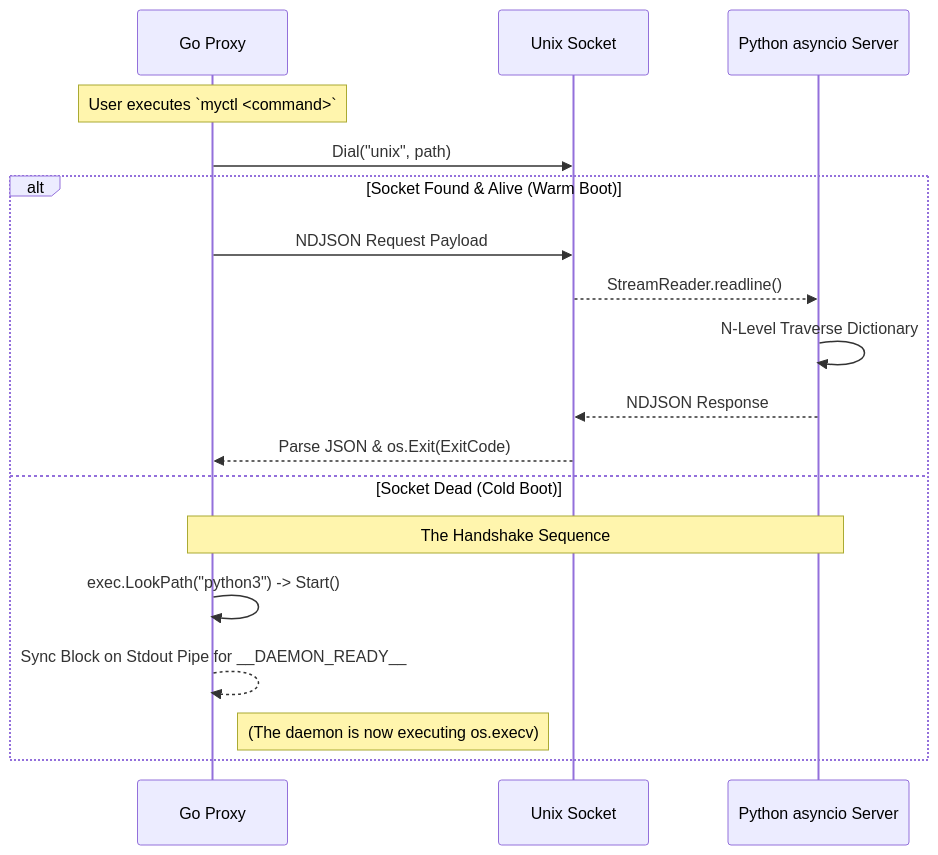
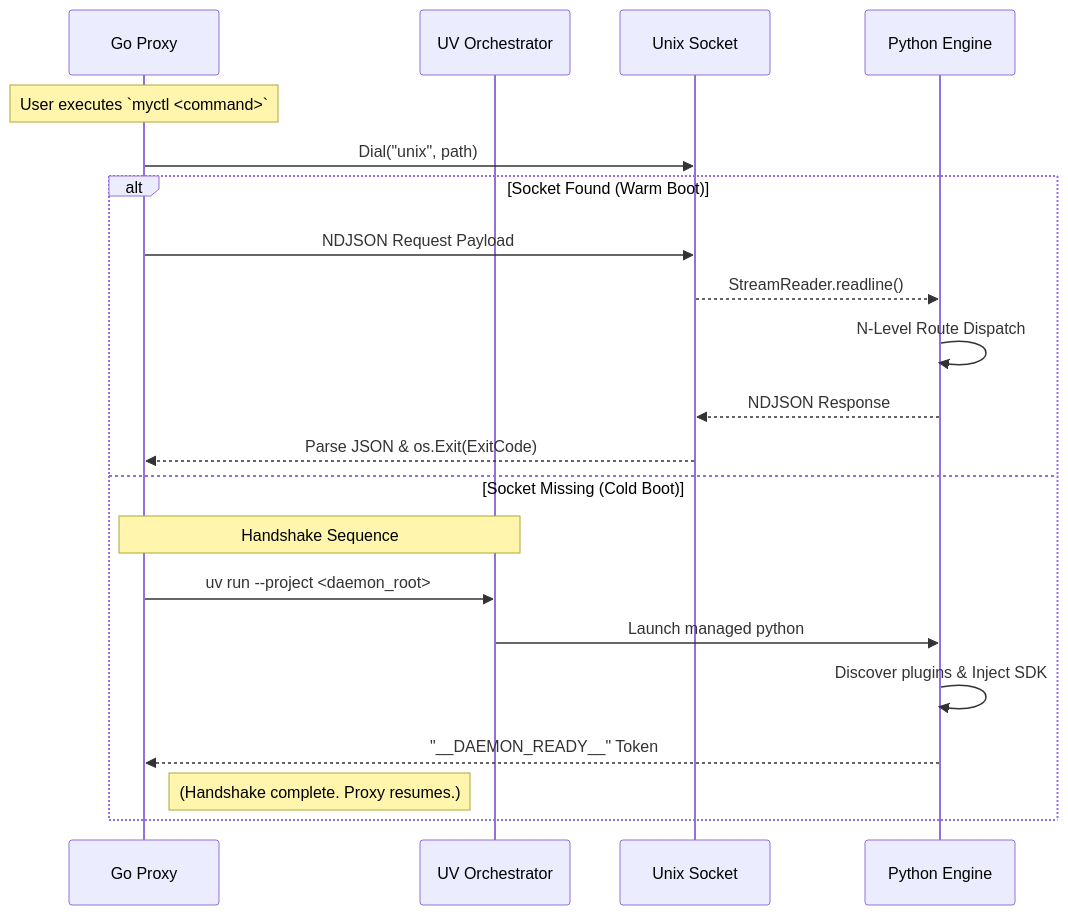
One commit to mydehq/MyCTL-Next changed the diagram in docs/md/technical/architecture.md. Above: the diagram before and after it, drawn with Mermaid. The commit also changed other lines of this file and 50 other files, not shown here.

````diff
--- a/docs/md/technical/architecture.md
+++ b/docs/md/technical/architecture.md
@@ -78,22 +73,25 @@
 ```mermaid
 sequenceDiagram
     participant CLI as Go Proxy
+    participant UV as UV Orchestrator
     participant Socket as Unix Socket
-    participant AsyncLoop as Python asyncio Server
+    participant Engine as Python Engine
 
     Note over CLI: User executes `myctl <command>`
 
     CLI->>Socket: Dial("unix", path)
-    alt Socket Found & Alive (Warm Boot)
+    alt Socket Found (Warm Boot)
         CLI->>Socket: NDJSON Request Payload
-        Socket-->>AsyncLoop: StreamReader.readline()
-        AsyncLoop->>AsyncLoop: N-Level Traverse Dictionary
-        AsyncLoop-->>Socket: NDJSON Response
+        Socket-->>Engine: StreamReader.readline()
+        Engine->>Engine: N-Level Route Dispatch
+        Engine-->>Socket: NDJSON Response
         Socket-->>CLI: Parse JSON & os.Exit(ExitCode)
-    else Socket Dead (Cold Boot)
-        Note over CLI, AsyncLoop: The Handshake Sequence
-        CLI->>CLI: exec.LookPath("python3") -> Start()
-        CLI-->>CLI: Sync Block on Stdout Pipe for __DAEMON_READY__
-        Note right of CLI: (The daemon is now executing os.execv)
+    else Socket Missing (Cold Boot)
+        Note over CLI, UV: Handshake Sequence
+        CLI->>UV: uv run --project <daemon_root>
+        UV->>Engine: Launch managed python
+        Engine->>Engine: Discover plugins & Inject SDK
+        Engine-->>CLI: "__DAEMON_READY__" Token
+        Note right of CLI: (Handshake complete. Proxy resumes.)
     end
 ```
````
